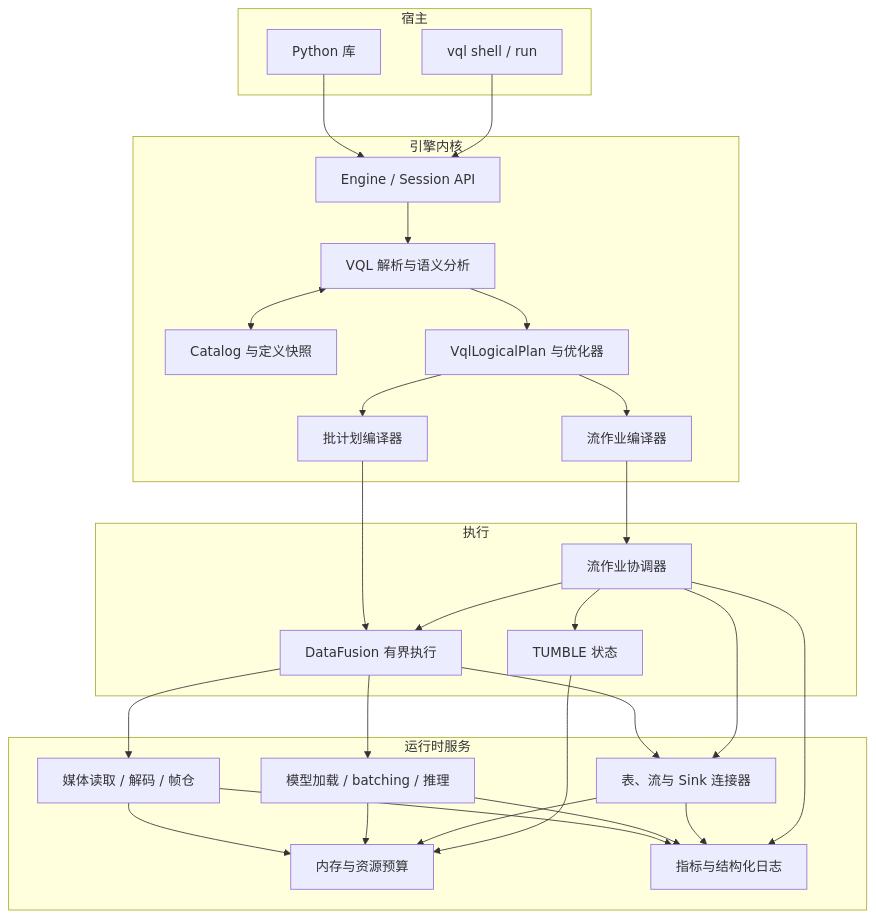
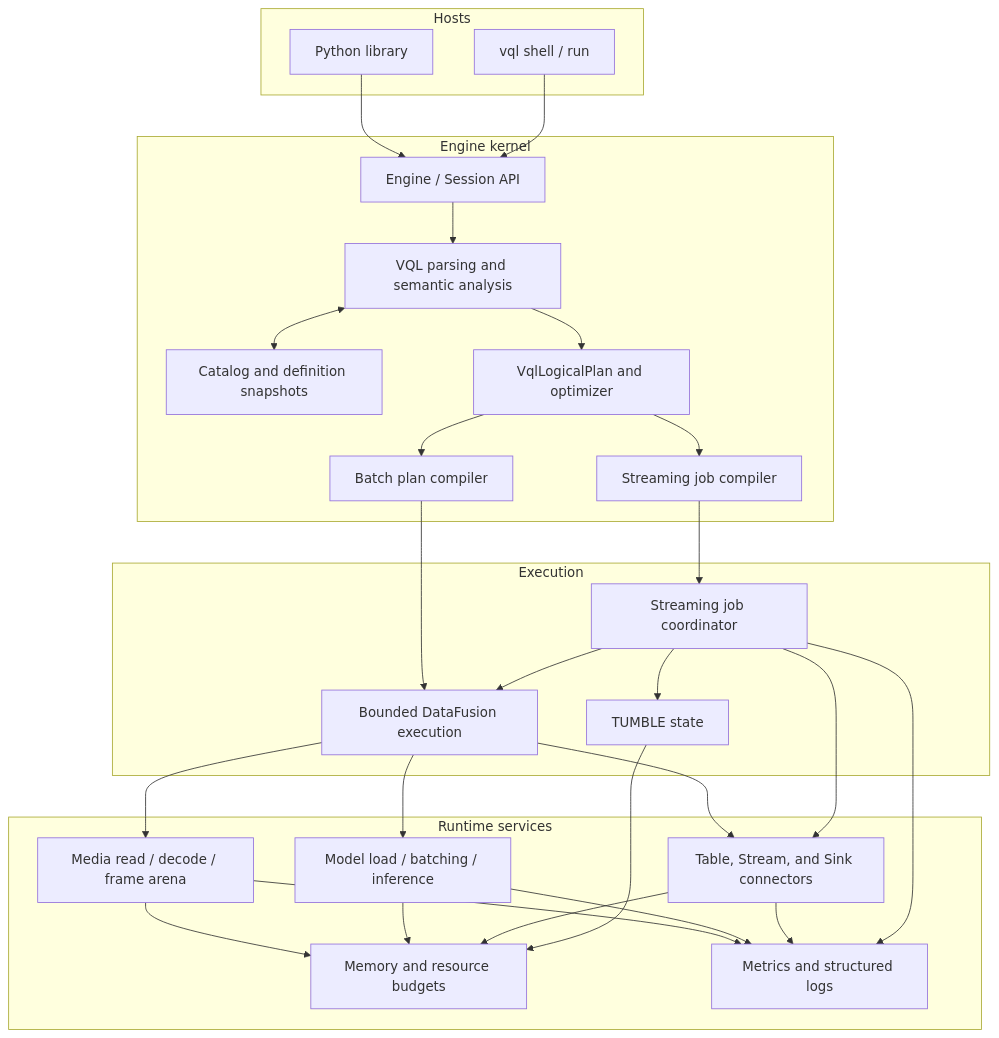
One commit to zhenlohuang/visionql changed the first of 2 diagrams in docs/design.md. Above: the diagram before and after it, drawn with Mermaid. The commit also changed other lines of this file and 14 other files, not shown here.

````diff
--- a/docs/design.md
+++ b/docs/design.md
@@ -81,44 +76,44 @@
 ```mermaid
 flowchart TB
-    subgraph HOSTS[宿主]
-        PY[Python 库]
-        CLI[vql shell / run]
+    subgraph HOSTS["Hosts"]
+        PY["Python library"]
+        CLI["vql shell / run"]
     end
 
-    subgraph CORE[引擎内核]
-        ENTRY[Engine / Session API]
-        SQL[VQL 解析与语义分析]
-        CAT[Catalog 与定义快照]
-        PLAN[VqlLogicalPlan 与优化器]
-        BCOMP[批计划编译器]
-        SCOMP[流作业编译器]
+    subgraph CORE["Engine kernel"]
+        ENTRY["Engine / Session API"]
+        SQL["VQL parsing and semantic analysis"]
+        CAT["Catalog and definition snapshots"]
+        PLAN["VqlLogicalPlan and optimizer"]
+        BCOMP["Batch plan compiler"]
+        SCOMP["Streaming job compiler"]
     end
 
-    subgraph EXECUTION[执行]
-        DF[DataFusion 有界执行]
-        COORD[流作业协调器]
-        STATE[TUMBLE 状态]
+    subgraph EXECUTION["Execution"]
+        DF["Bounded DataFusion execution"]
+        COORD["Streaming job coordinator"]
+        STATE["TUMBLE state"]
     end
 
-    subgraph RUNTIME[运行时服务]
-        MEDIA[媒体读取 / 解码 / 帧仓]
-        MODELS[模型加载 / batching / 推理]
-        CONNECTORS[表、流与 Sink 连接器]
-        BUDGET[内存与资源预算]
-        METRICS[指标与结构化日志]
+    subgraph RUNTIME["Runtime services"]
+        MEDIA["Media read / decode / frame arena"]
+        MODELS["Model load / batching / inference"]
+        CONNECTORS["Table, Stream, and Sink connectors"]
+        BUDGET["Memory and resource budgets"]
+        METRICS["Metrics and structured logs"]
     end
 
     PY --> ENTRY
     CLI --> ENTRY
     ENTRY --> SQL
     SQL <--> CAT
     SQL --> PLAN
     PLAN --> BCOMP --> DF
     PLAN --> SCOMP --> COORD
     COORD --> DF
     COORD --> STATE
     DF --> MEDIA & MODELS & CONNECTORS
     COORD --> CONNECTORS
     MEDIA & MODELS & CONNECTORS & STATE --> BUDGET
     MEDIA & MODELS & CONNECTORS & COORD --> METRICS
 ```
````
